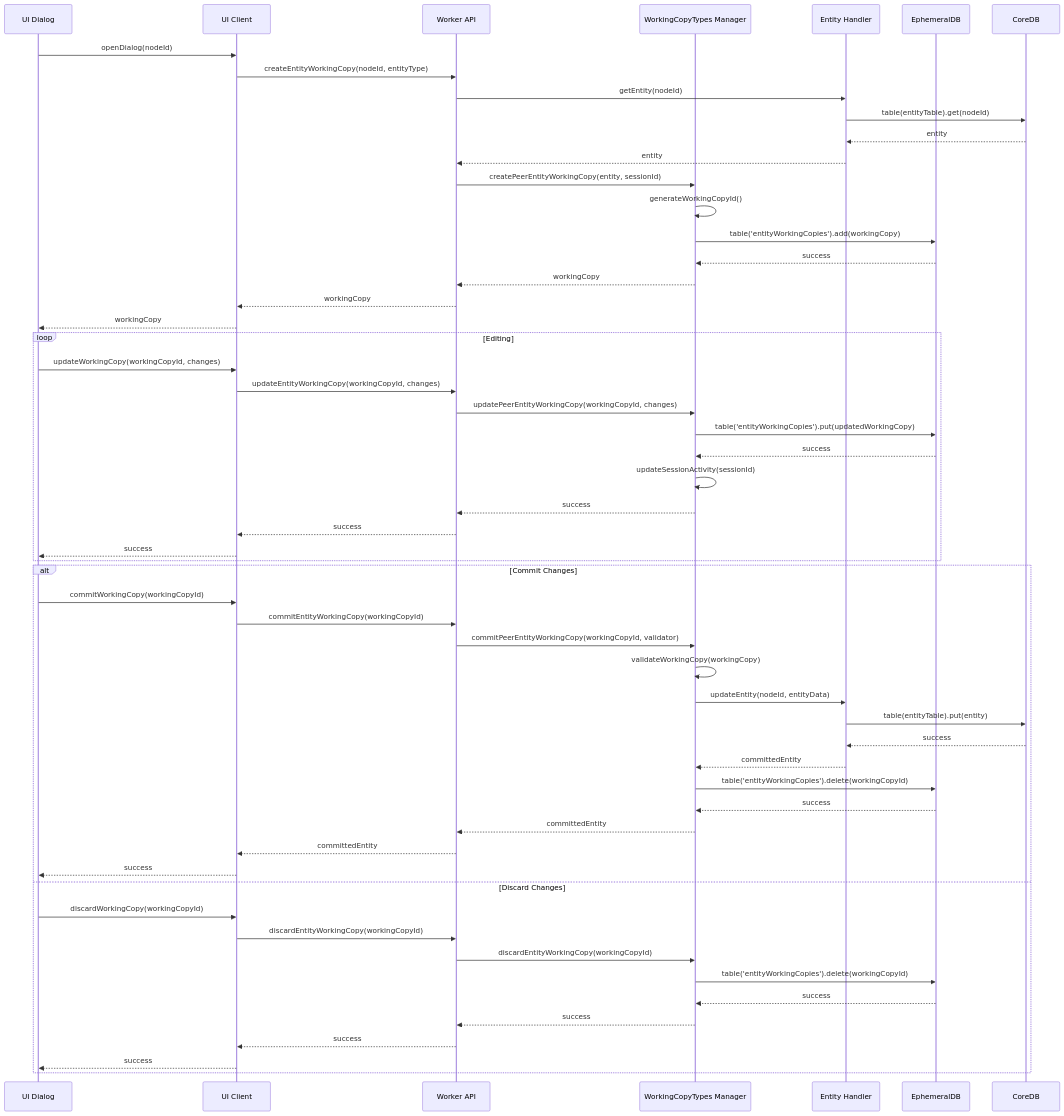
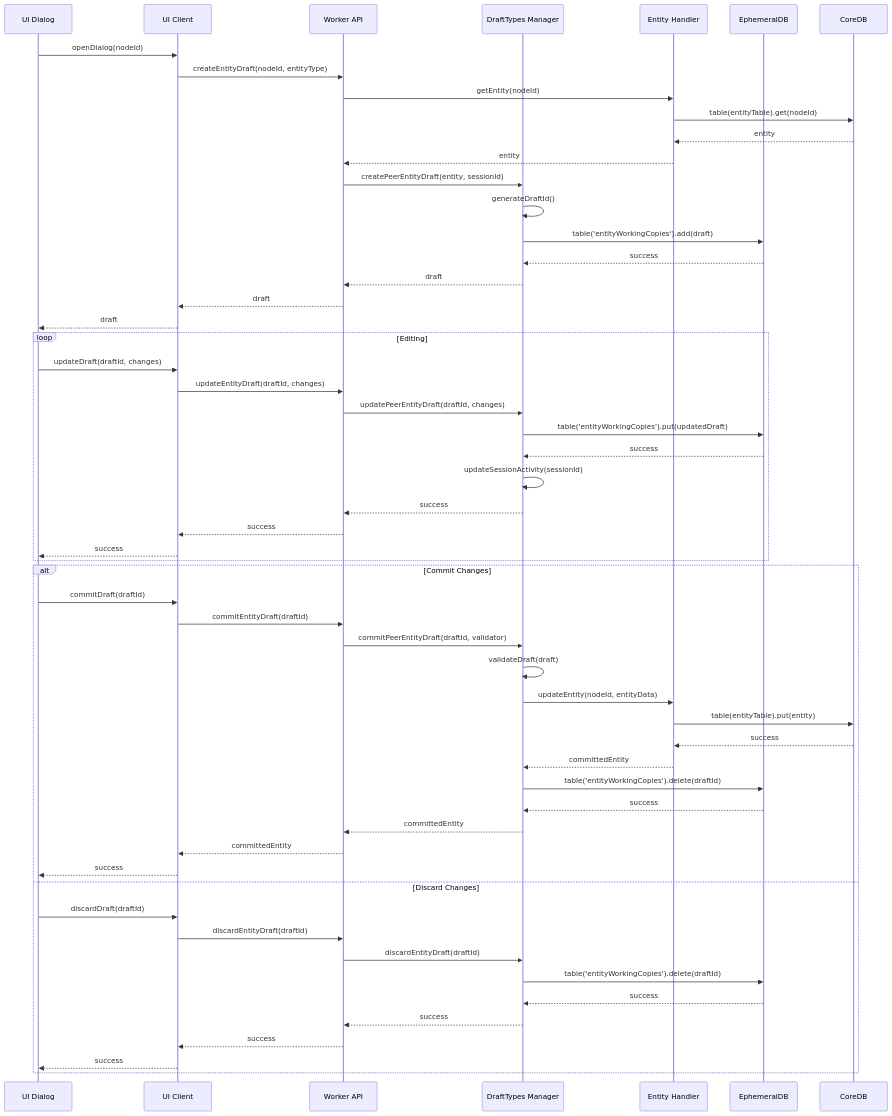
One commit to kubohiroya/hierarchidb changed the sixth of 18 diagrams in docs/deprecated/REPORT/technical-architecture-specification.md. Above: the diagram before and after it, drawn with Mermaid. The commit also changed other lines of this file and 796 other files, not shown here.

````diff
--- a/docs/deprecated/REPORT/technical-architecture-specification.md
+++ b/docs/deprecated/REPORT/technical-architecture-specification.md
@@ -325,62 +325,62 @@
 ```mermaid
 sequenceDiagram
     participant UI as UI Dialog
     participant Client as UI Client
     participant Worker as Worker API
-    participant WCManager as WorkingCopyTypes Manager
+    participant WCManager as DraftTypes Manager
     participant EntityHandler as Entity Handler
     participant EphemeralDB as EphemeralDB
     participant CoreDB as CoreDB
     
     UI->>Client: openDialog(nodeId)
-    Client->>Worker: createEntityWorkingCopy(nodeId, entityType)
+    Client->>Worker: createEntityDraft(nodeId, entityType)
     Worker->>EntityHandler: getEntity(nodeId)
     EntityHandler->>CoreDB: table(entityTable).get(nodeId)
     CoreDB-->>EntityHandler: entity
     EntityHandler-->>Worker: entity
     
-    Worker->>WCManager: createPeerEntityWorkingCopy(entity, sessionId)
-    WCManager->>WCManager: generateWorkingCopyId()
-    WCManager->>EphemeralDB: table('entityWorkingCopies').add(workingCopy)
+    Worker->>WCManager: createPeerEntityDraft(entity, sessionId)
+    WCManager->>WCManager: generateDraftId()
+    WCManager->>EphemeralDB: table('entityWorkingCopies').add(draft)
     EphemeralDB-->>WCManager: success
-    WCManager-->>Worker: workingCopy
-    Worker-->>Client: workingCopy
-    Client-->>UI: workingCopy
+    WCManager-->>Worker: draft
+    Worker-->>Client: draft
+    Client-->>UI: draft
     
     loop Editing
-        UI->>Client: updateWorkingCopy(workingCopyId, changes)
-        Client->>Worker: updateEntityWorkingCopy(workingCopyId, changes)
-        Worker->>WCManager: updatePeerEntityWorkingCopy(workingCopyId, changes)
-        WCManager->>EphemeralDB: table('entityWorkingCopies').put(updatedWorkingCopy)
+        UI->>Client: updateDraft(draftId, changes)
+        Client->>Worker: updateEntityDraft(draftId, changes)
+        Worker->>WCManager: updatePeerEntityDraft(draftId, changes)
+        WCManager->>EphemeralDB: table('entityWorkingCopies').put(updatedDraft)
         EphemeralDB-->>WCManager: success
         WCManager->>WCManager: updateSessionActivity(sessionId)
         WCManager-->>Worker: success
         Worker-->>Client: success
         Client-->>UI: success
     end
     
     alt Commit Changes
-        UI->>Client: commitWorkingCopy(workingCopyId)
-        Client->>Worker: commitEntityWorkingCopy(workingCopyId)
-        Worker->>WCManager: commitPeerEntityWorkingCopy(workingCopyId, validator)
-        WCManager->>WCManager: validateWorkingCopy(workingCopy)
+        UI->>Client: commitDraft(draftId)
+        Client->>Worker: commitEntityDraft(draftId)
+        Worker->>WCManager: commitPeerEntityDraft(draftId, validator)
+        WCManager->>WCManager: validateDraft(draft)
         WCManager->>EntityHandler: updateEntity(nodeId, entityData)
         EntityHandler->>CoreDB: table(entityTable).put(entity)
         CoreDB-->>EntityHandler: success
         EntityHandler-->>WCManager: committedEntity
-        WCManager->>EphemeralDB: table('entityWorkingCopies').delete(workingCopyId)
+        WCManager->>EphemeralDB: table('entityWorkingCopies').delete(draftId)
         EphemeralDB-->>WCManager: success
         WCManager-->>Worker: committedEntity
         Worker-->>Client: committedEntity
         Client-->>UI: success
     else Discard Changes
-        UI->>Client: discardWorkingCopy(workingCopyId)
-        Client->>Worker: discardEntityWorkingCopy(workingCopyId)
-        Worker->>WCManager: discardEntityWorkingCopy(workingCopyId)
-        WCManager->>EphemeralDB: table('entityWorkingCopies').delete(workingCopyId)
+        UI->>Client: discardDraft(draftId)
+        Client->>Worker: discardEntityDraft(draftId)
+        Worker->>WCManager: discardEntityDraft(draftId)
+        WCManager->>EphemeralDB: table('entityWorkingCopies').delete(draftId)
         EphemeralDB-->>WCManager: success
         WCManager-->>Worker: success
         Worker-->>Client: success
         Client-->>UI: success
     end
 ```
````
